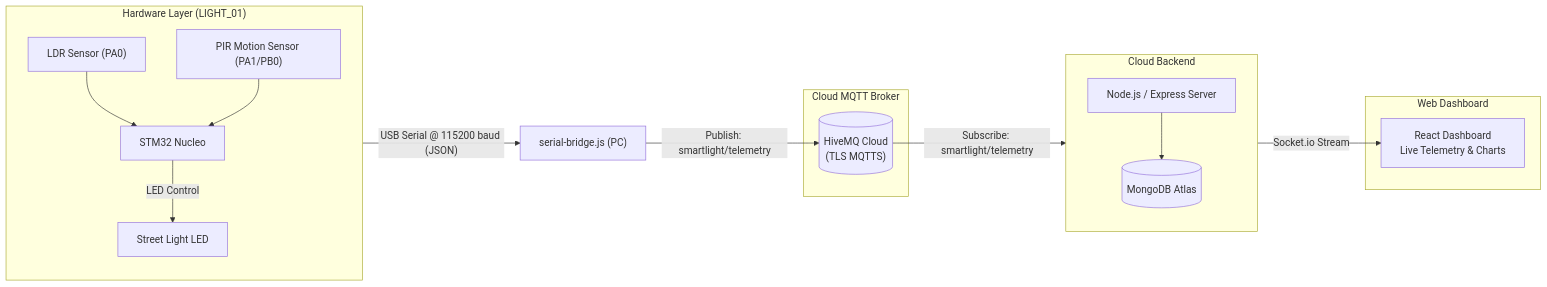
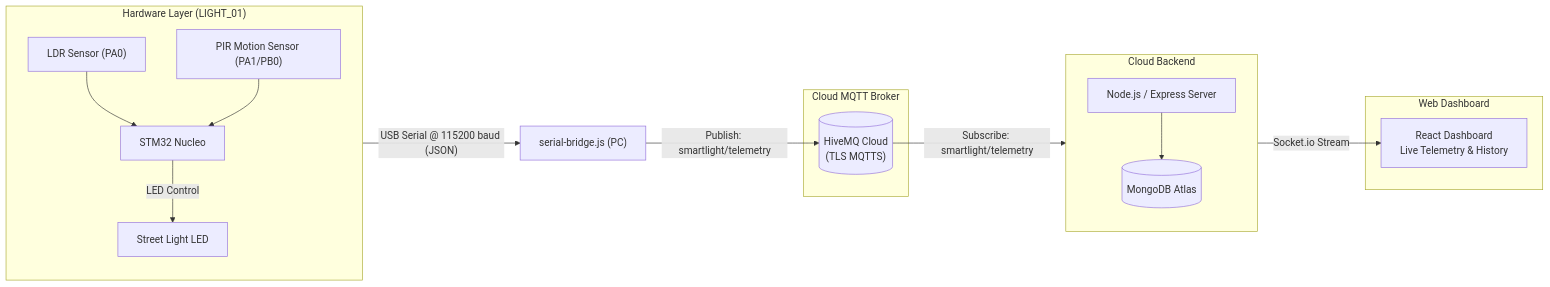
The diagram in README.md (basilpeter01/stm32-smart-light), drawn with Mermaid before and after one commit. The commit also changed other lines of this file, not shown here.

````diff
--- a/README.md
+++ b/README.md
@@ -179,32 +179,32 @@
 ```mermaid
 flowchart LR
     subgraph Hardware ["Hardware Layer (LIGHT_01)"]
         direction TB
         LDR["LDR Sensor (PA0)"] --> STM["STM32 Nucleo"]
         PIR["PIR Motion Sensor (PA1/PB0)"] --> STM
         STM -->|"LED Control"| LED["Street Light LED"]
     end
 
     STM -->|"USB Serial @ 115200 baud (JSON)"| Bridge["serial-bridge.js (PC)"]
 
     subgraph Cloud ["Cloud MQTT Broker"]
         HiveMQ[("HiveMQ Cloud\n(TLS MQTTS)")]
     end
 
     Bridge -->|"Publish: smartlight/telemetry"| HiveMQ
 
     subgraph Backend ["Cloud Backend"]
         direction TB
         Server["Node.js / Express Server"]
         Mongo[("MongoDB Atlas")]
         Server --> Mongo
     end
 
     HiveMQ -->|"Subscribe: smartlight/telemetry"| Server
 
     subgraph Frontend ["Web Dashboard"]
-        Dashboard["React Dashboard\nLive Telemetry & Charts"]
+        Dashboard["React Dashboard\nLive Telemetry & History"]
     end
 
     Server -->|"Socket.io Stream"| Dashboard
 ```
````
